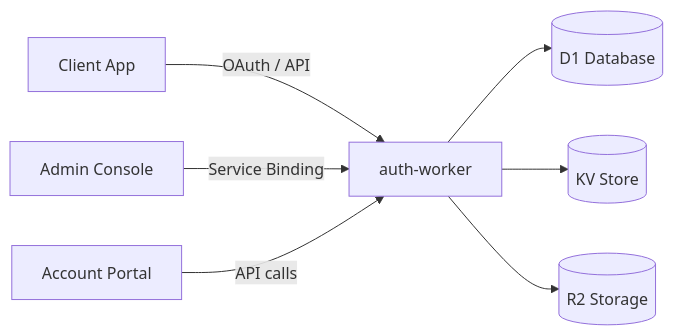
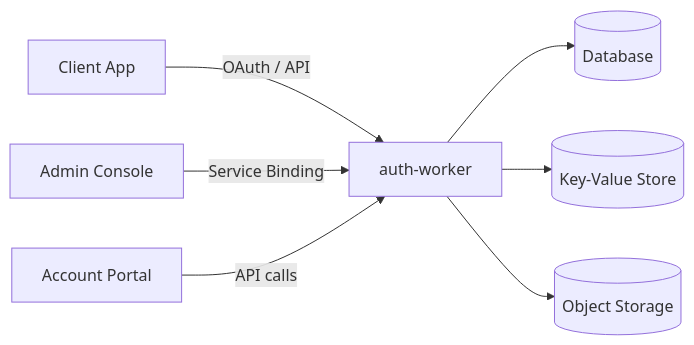
The diagram in guides/overview.mdx (mgdmdev/docs), drawn with Mermaid before and after one commit. The commit also changed other lines of this file and 23 other files, not shown here.

````diff
--- a/guides/overview.mdx
+++ b/guides/overview.mdx
@@ -14,9 +14,9 @@
 ```mermaid
 graph LR
     Client[Client App] -->|OAuth / API| AW[auth-worker]
     Admin[Admin Console] -->|Service Binding| AW
     Account[Account Portal] -->|API calls| AW
-    AW --> D1[(D1 Database)]
-    AW --> KV[(KV Store)]
-    AW --> R2[(R2 Storage)]
+    AW --> DB[(Database)]
+    AW --> KV[(Key-Value Store)]
+    AW --> Storage[(Object Storage)]
 ```
````
